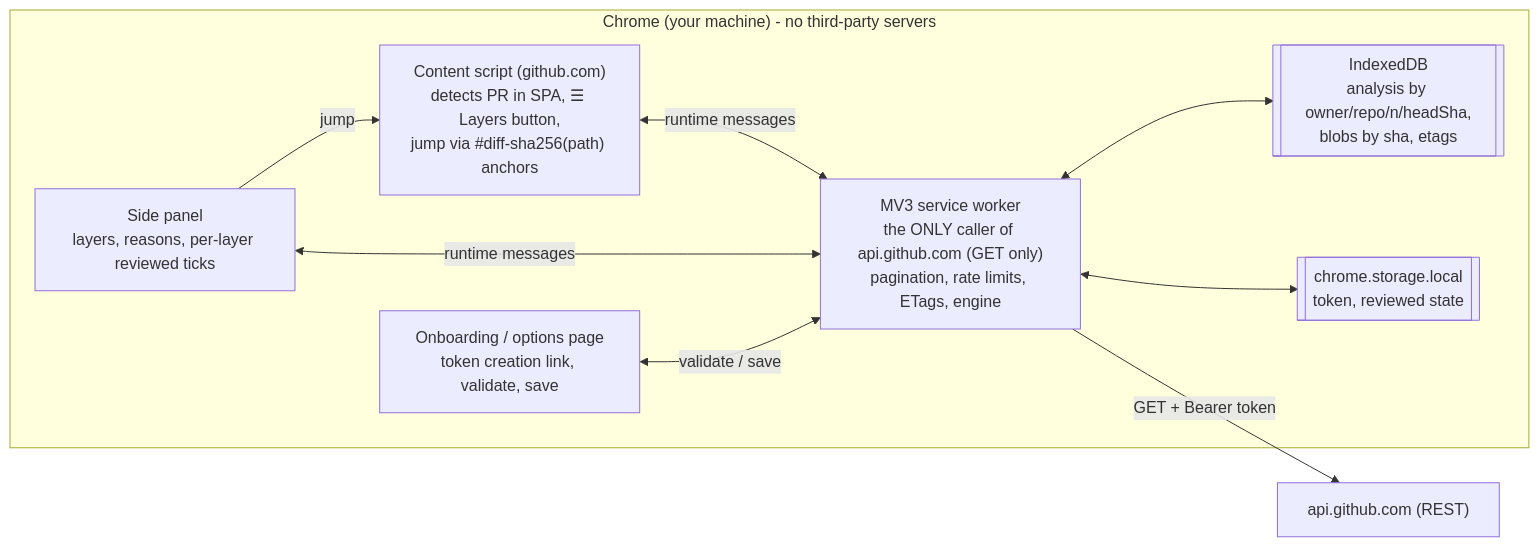
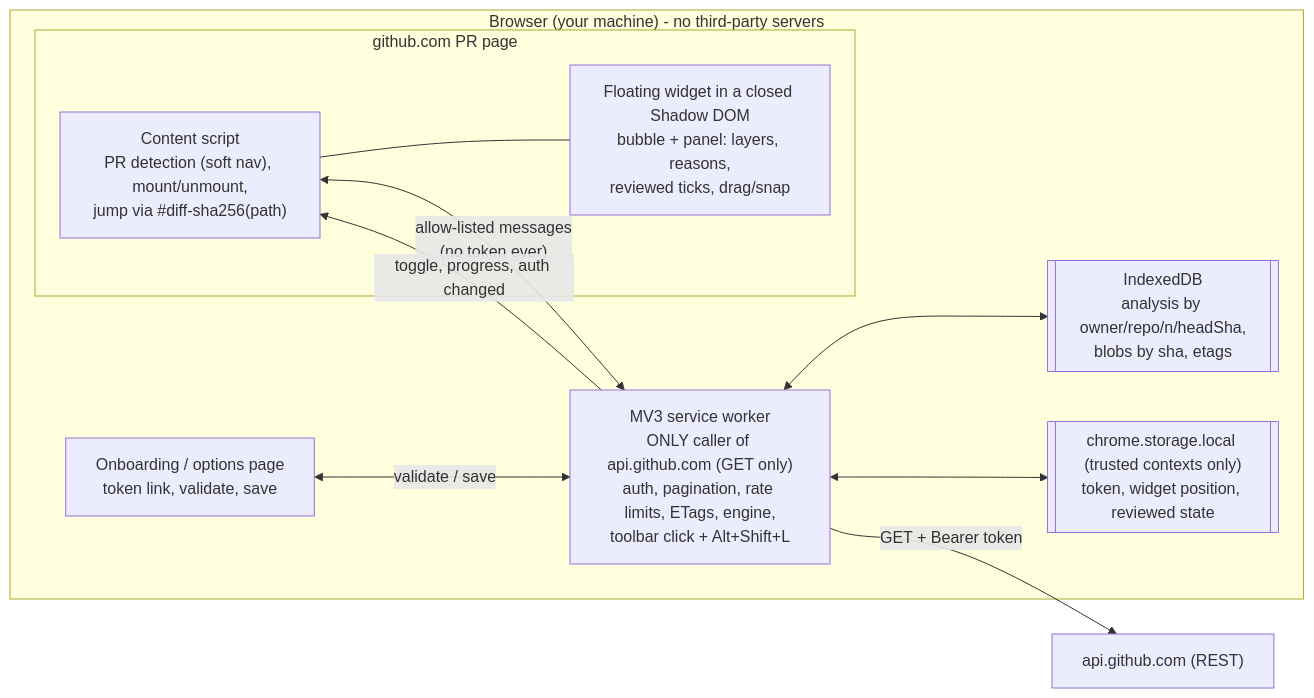
The diagram in README.md (yashverma2110/codesloth), drawn with Mermaid before and after one commit. The commit also changed other lines of this file and 17 other files, not shown here.

First line of the commit message:
v0.2.0: floating widget UI (works in Arc/Edge/Brave), drop chrome.sidePanel

````diff
--- a/README.md
+++ b/README.md
@@ -125,19 +146,21 @@
 ```mermaid
 flowchart LR
-  subgraph Browser["Chrome (your machine) - no third-party servers"]
-    CS["Content script (github.com)<br/>detects PR in SPA, ☰ Layers button,<br/>jump via #diff-sha256(path) anchors"]
-    SP["Side panel<br/>layers, reasons, per-layer reviewed ticks"]
-    OB["Onboarding / options page<br/>token creation link, validate, save"]
-    SW["MV3 service worker<br/>the ONLY caller of api.github.com (GET only)<br/>pagination, rate limits, ETags, engine"]
+  subgraph Browser["Browser (your machine) - no third-party servers"]
+    subgraph Page["github.com PR page"]
+      CS["Content script<br/>PR detection (soft nav), mount/unmount,<br/>jump via #diff-sha256(path)"]
+      W["Floating widget in a closed Shadow DOM<br/>bubble + panel: layers, reasons,<br/>reviewed ticks, drag/snap"]
+    end
+    OB["Onboarding / options page<br/>token link, validate, save"]
+    SW["MV3 service worker<br/>ONLY caller of api.github.com (GET only)<br/>auth, pagination, rate limits, ETags, engine,<br/>toolbar click + Alt+Shift+L"]
     DB[["IndexedDB<br/>analysis by owner/repo/n/headSha,<br/>blobs by sha, etags"]]
-    LS[["chrome.storage.local<br/>token, reviewed state"]]
+    LS[["chrome.storage.local (trusted contexts only)<br/>token, widget position, reviewed state"]]
   end
   GH["api.github.com (REST)"]
-  CS <-->|runtime messages| SW
-  SP <-->|runtime messages| SW
+  CS --- W
+  CS <-->|"allow-listed messages<br/>(no token ever)"| SW
   OB <-->|validate / save| SW
-  SP -->|jump| CS
+  SW -->|"toggle, progress, auth changed"| CS
   SW <--> DB
   SW <--> LS
   SW -->|"GET + Bearer token"| GH
 ```
````
